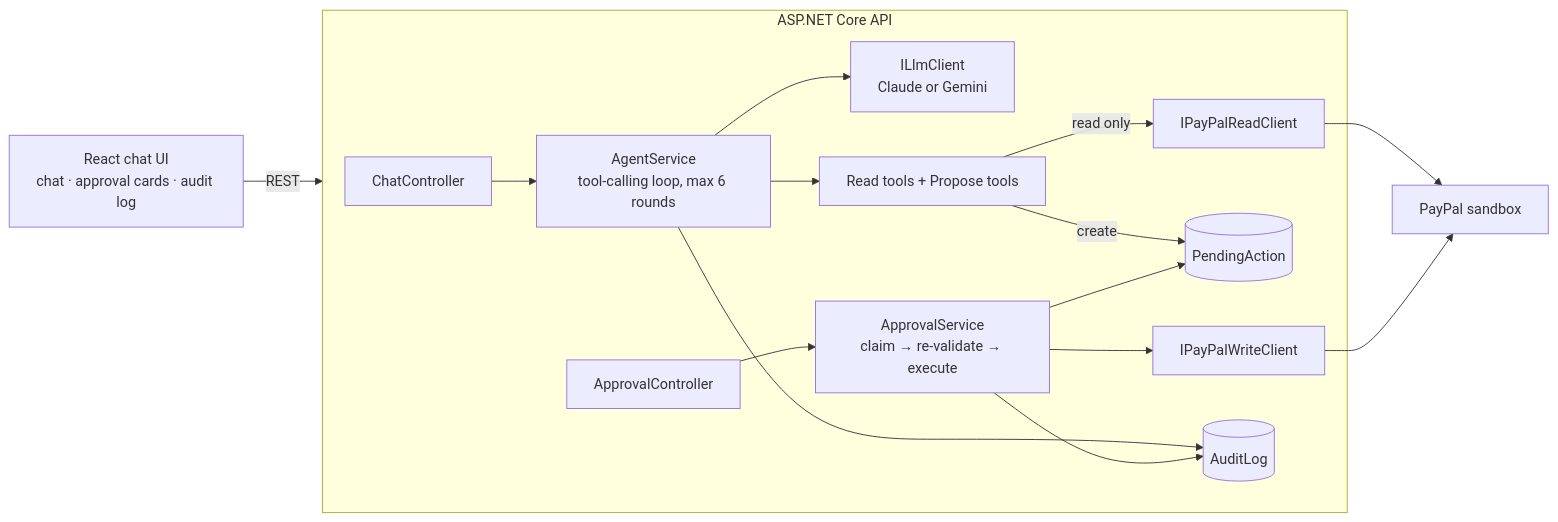
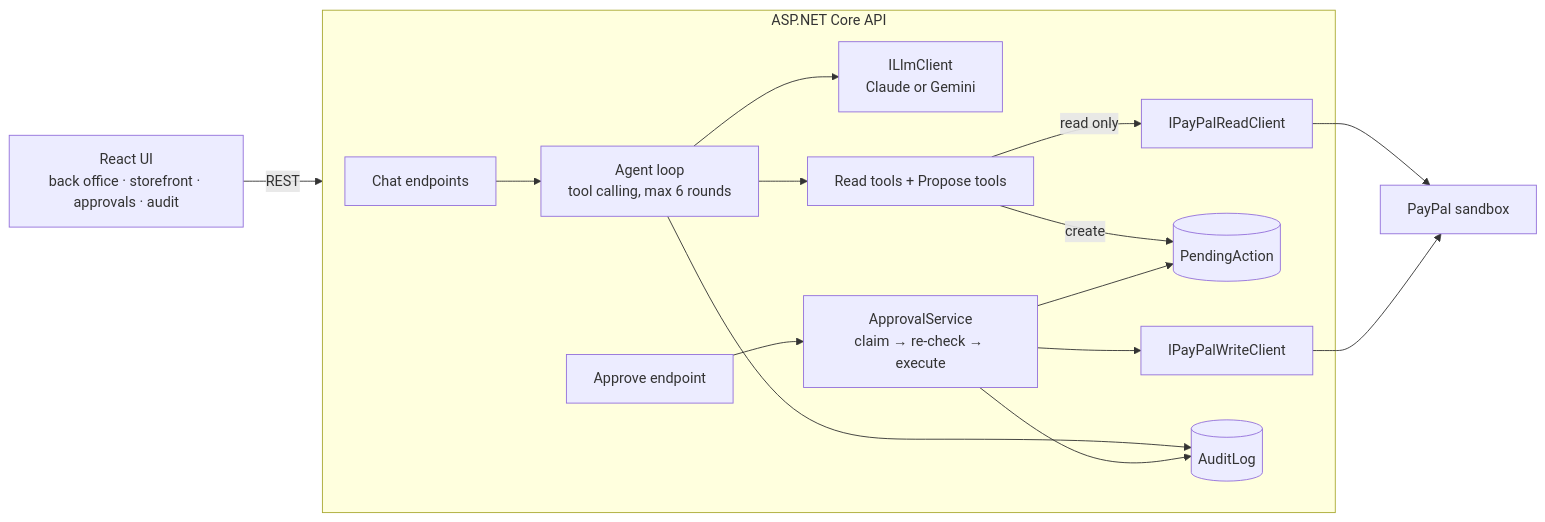
The diagram in README.md (Jerald13/sellerpilot-paypal-hackathon-2026), drawn with Mermaid before and after one commit. The commit also changed other lines of this file and 1 other file, not shown here.

````diff
--- a/README.md
+++ b/README.md
@@ -53,16 +90,16 @@
 ```mermaid
 flowchart LR
-    UI[React chat UI<br/>chat · approval cards · audit log] -->|REST| API
+    UI[React UI<br/>back office · storefront · approvals · audit] -->|REST| API
     subgraph API[ASP.NET Core API]
-        Chat[ChatController] --> Agent[AgentService<br/>tool-calling loop, max 6 rounds]
+        Chat[Chat endpoints] --> Agent[Agent loop<br/>tool calling, max 6 rounds]
         Agent --> LLM[ILlmClient<br/>Claude or Gemini]
         Agent --> Tools[Read tools + Propose tools]
         Tools -->|read only| PPR[IPayPalReadClient]
         Tools -->|create| PA[(PendingAction)]
-        Appr[ApprovalController] --> AS[ApprovalService<br/>claim → re-validate → execute]
+        Appr[Approve endpoint] --> AS[ApprovalService<br/>claim → re-check → execute]
         AS --> PPW[IPayPalWriteClient]
         AS --> PA
         Agent & AS --> Audit[(AuditLog)]
     end
     PPR & PPW --> PayPal[PayPal sandbox]
 ```
````
